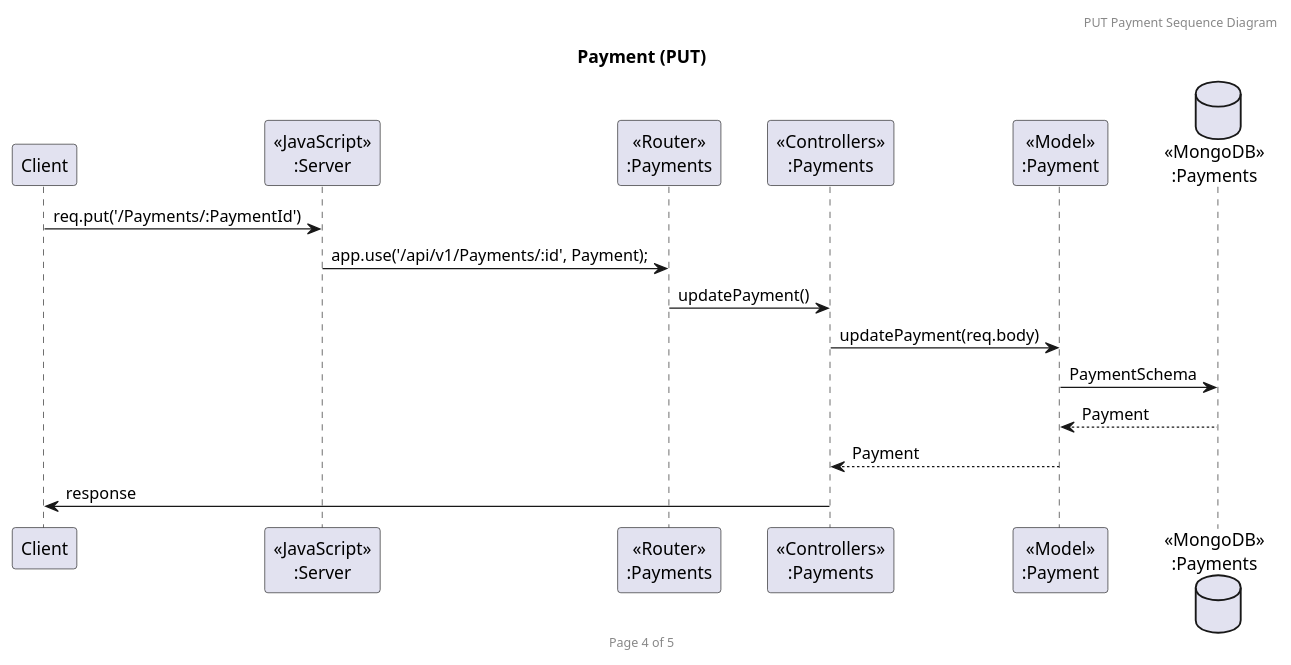
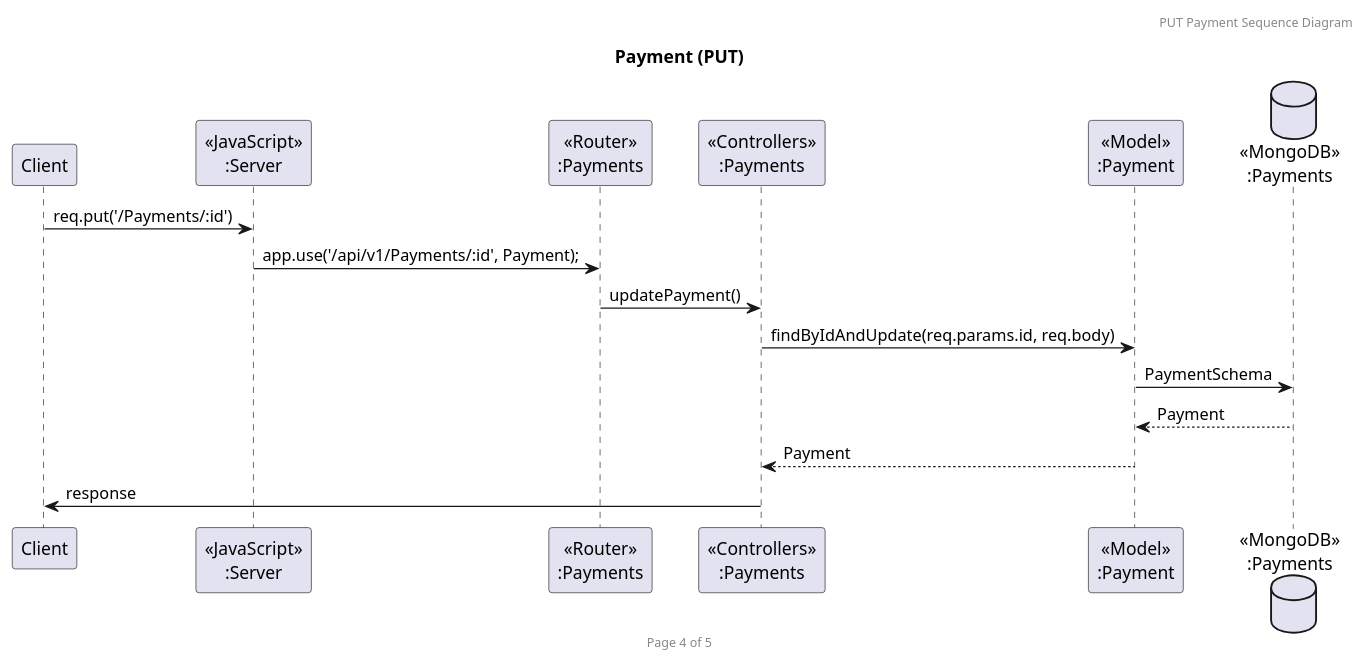
Before and after one commit to marshmeowllo/RestaurantReservation: the diagram in Sequence Diagram/Payment/PaymentPut.puml, drawn with PlantUML. The commit also changed 12 other files, not shown here.

```diff
--- a/Sequence Diagram/Payment/PaymentPut.puml
+++ b/Sequence Diagram/Payment/PaymentPut.puml
@@ -1,23 +1,23 @@
 @startuml Restautants (PUT)
 
 header PUT Payment Sequence Diagram
 footer Page 4 of 5
 title "Payment (PUT)"
 
 participant "Client" as client
 participant "<<JavaScript>>\n:Server" as server
 participant "<<Router>>\n:Payments" as routerPayments
 participant "<<Controllers>>\n:Payments" as controllersPayments
 participant "<<Model>>\n:Payment" as modelPayments
 database "<<MongoDB>>\n:Payments" as PaymentDatabase
 
-client->server: req.put('/Payments/:PaymentId')
+client->server: req.put('/Payments/:id')
 server->routerPayments: app.use('/api/v1/Payments/:id', Payment);
 routerPayments->controllersPayments: updatePayment()
-controllersPayments->modelPayments: updatePayment(req.body)
+controllersPayments->modelPayments: findByIdAndUpdate(req.params.id, req.body)
 modelPayments->PaymentDatabase: PaymentSchema
 PaymentDatabase-->modelPayments: Payment
 controllersPayments<--modelPayments: Payment
 controllersPayments->client: response
 
 @enduml
```
